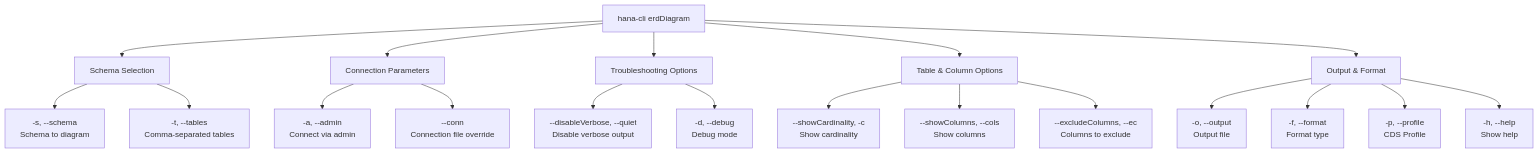
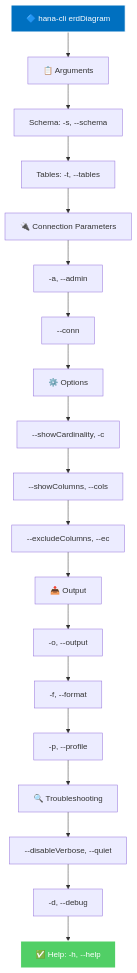
One commit to SAP-samples/hana-developer-cli-tool-example changed the first of 2 diagrams in docs/02-commands/analysis-tools/erd-diagram.md. Above: the diagram before and after it, drawn with Mermaid. The commit also changed other lines of this file and 14 other files, not shown here.

Commit message:
feat: Enhance documentation with Mermaid diagrams for analysis tools; update command structures and styling

````diff
--- a/docs/02-commands/analysis-tools/erd-diagram.md
+++ b/docs/02-commands/analysis-tools/erd-diagram.md
@@ -161,26 +161,25 @@
 ```mermaid
 graph TD
-    A["hana-cli erdDiagram"] --> B["Schema Selection"]
-    A --> C["Connection Parameters"]
-    A --> D["Troubleshooting Options"]
-    A --> E["Table & Column Options"]
-    A --> F["Output & Format"]
+    A["🔷 hana-cli erdDiagram"]
+    A --> B["📋 Arguments"]
+    B --> B1["Schema: -s, --schema"]
+    B1 --> B2["Tables: -t, --tables"]
+    B2 --> C["🔌 Connection Parameters"]
+    C --> C1["-a, --admin"]
+    C1 --> C2["--conn"]
+    C2 --> D["⚙️ Options"]
+    D --> D1["--showCardinality, -c"]
+    D1 --> D2["--showColumns, --cols"]
+    D2 --> D3["--excludeColumns, --ec"]
+    D3 --> E["📤 Output"]
+    E --> E1["-o, --output"]
+    E1 --> E2["-f, --format"]
+    E2 --> E3["-p, --profile"]
+    E3 --> F["🔍 Troubleshooting"]
+    F --> F1["--disableVerbose, --quiet"]
+    F1 --> F2["-d, --debug"]
+    F2 --> G["✅ Help: -h, --help"]
     
-    B --> B1["-s, --schema<br/>Schema to diagram"]
-    B --> B2["-t, --tables<br/>Comma-separated tables"]
-    
-    C --> C1["-a, --admin<br/>Connect via admin"]
-    C --> C2["--conn<br/>Connection file override"]
-    
-    D --> D1["--disableVerbose, --quiet<br/>Disable verbose output"]
-    D --> D2["-d, --debug<br/>Debug mode"]
-    
-    E --> E1["--showCardinality, -c<br/>Show cardinality"]
-    E --> E2["--showColumns, --cols<br/>Show columns"]
-    E --> E3["--excludeColumns, --ec<br/>Columns to exclude"]
-    
-    F --> F1["-o, --output<br/>Output file"] 
-    F --> F2["-f, --format<br/>Format type"]
-    F --> F3["-p, --profile<br/>CDS Profile"]
-    F --> F4["-h, --help<br/>Show help"]
+    style A fill:#0070C0,color:#fff,stroke:#fff,stroke-width:2px
+    style G fill:#51CF66,color:#fff,stroke:#fff,stroke-width:2px
 ```
````
